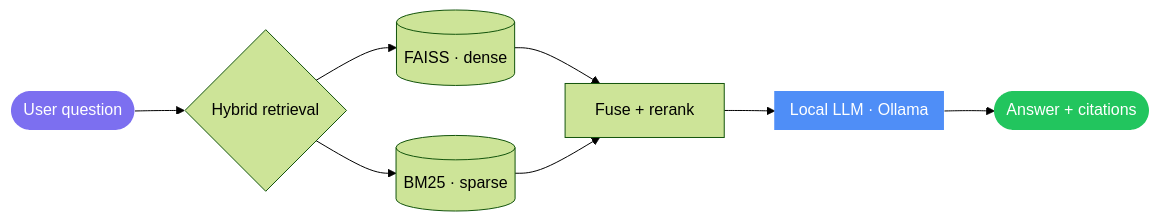
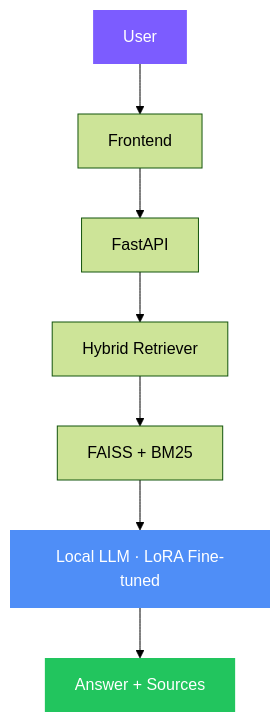
Before and after one commit to hamydullodev/project: the diagram in hybrid_rag/README.md, drawn with Mermaid (forest theme). The commit also changed other lines of this file, not shown here.

First line of the commit message:
Rewrite hybrid_rag README to the requested short recruiter-friendly spec

````diff
--- a/hybrid_rag/README.md
+++ b/hybrid_rag/README.md
@@ -95,14 +62,13 @@
 ```mermaid
-flowchart LR
-    A([User question]) --> B{Hybrid retrieval}
-    B --> D1[("FAISS · dense")]
-    B --> D2[("BM25 · sparse")]
-    D1 --> E[Fuse + rerank]
-    D2 --> E
-    E --> F[["Local LLM · Ollama"]]
-    F --> G([Answer + citations])
+flowchart TD
+    A[User] --> B[Frontend]
+    B --> C[FastAPI]
+    C --> D[Hybrid Retriever]
+    D --> E[FAISS + BM25]
+    E --> F[Local LLM · LoRA Fine-tuned]
+    F --> G[Answer + Sources]
 
-    style A fill:#7c6ff0,color:#fff,stroke:none
+    style A fill:#7C5CFF,color:#fff,stroke:none
+    style F fill:#4f8ef7,color:#fff,stroke:none
     style G fill:#22c55e,color:#fff,stroke:none
-    style F fill:#4f8ef7,color:#fff,stroke:none
 ```
````
